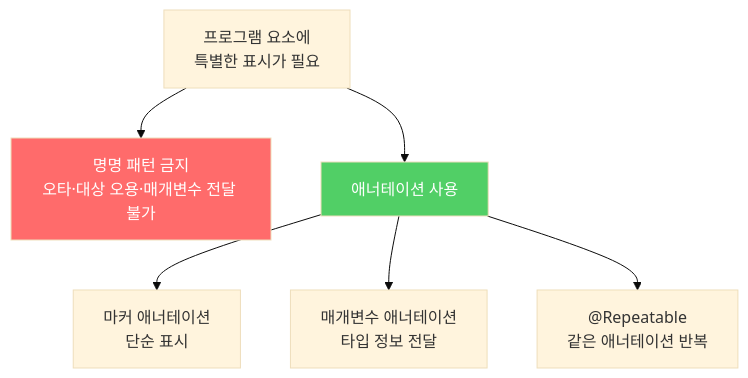
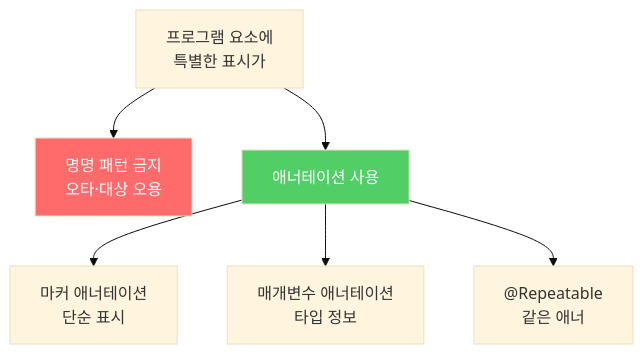
Before and after one commit to yjkim2015/yjkim2015.github.io: the third of 3 diagrams in _posts/java/2022-01-17-effective-java39.md, drawn with Mermaid (base theme). The commit also changed other lines of this file and 271 other files, not shown here.

First line of the commit message:
Mermaid 라벨 축소: 긴 노드 텍스트 18자 이하로 트림 + \n 제거

````diff
--- a/_posts/java/2022-01-17-effective-java39.md
+++ b/_posts/java/2022-01-17-effective-java39.md
@@ -223,10 +223,10 @@
 ```mermaid
 graph TD
-    A["프로그램 요소에\n특별한 표시가 필요"] --> B["명명 패턴 금지\n오타·대상 오용·매개변수 전달 불가"]
+    A["프로그램 요소에\n특별한 표시가"] --> B["명명 패턴 금지\n오타·대상 오용"]
     A --> C["애너테이션 사용"]
     C --> D["마커 애너테이션\n단순 표시"]
-    C --> E["매개변수 애너테이션\n타입 정보 전달"]
-    C --> F["@Repeatable\n같은 애너테이션 반복"]
+    C --> E["매개변수 애너테이션\n타입 정보"]
+    C --> F["@Repeatable\n같은 애너"]
     style B fill:#ff6b6b,color:#fff
     style C fill:#51cf66,color:#fff
 ```
````
